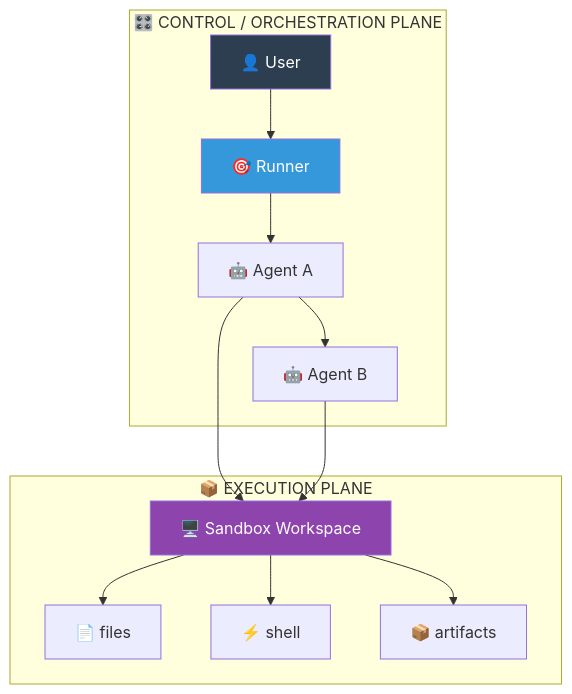
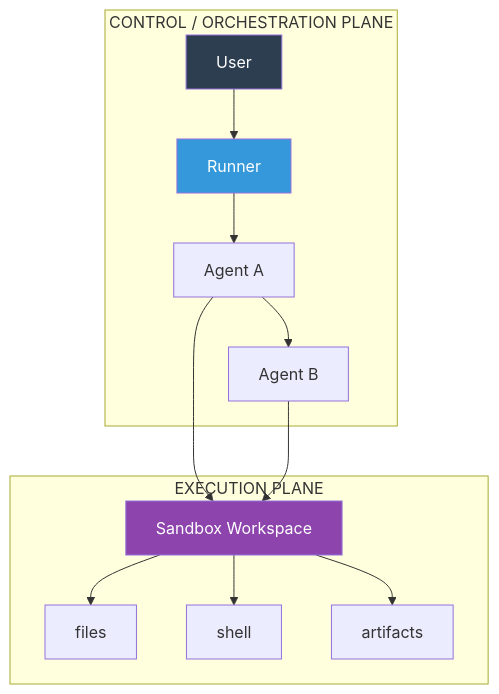
One commit to Sujalkathait/-AI-Agent-Security-Playbook. changed the fourth of 53 diagrams in AI Agent Communication.md. Above: the diagram before and after it, drawn with Mermaid. The commit also changed other lines of this file and 2 other files, not shown here.

````diff
--- a/AI Agent Communication.md
+++ b/AI Agent Communication.md
@@ -132,20 +132,20 @@
 ```mermaid
 graph TD
-    subgraph "🎛️ CONTROL / ORCHESTRATION PLANE"
-        User["👤 User"] --> Runner["🎯 Runner"]
-        Runner --> AgentA["🤖 Agent A"]
-        AgentA --> AgentB["🤖 Agent B"]
-    end
-    subgraph "📦 EXECUTION PLANE"
-        Sandbox["🖥️ Sandbox Workspace"]
-        Sandbox --> Files["📄 files"]
-        Sandbox --> Shell["⚡ shell"]
-        Sandbox --> Artifacts["📦 artifacts"]
-    end
-    AgentA --> Sandbox
-    AgentB --> Sandbox
+  subgraph " CONTROL / ORCHESTRATION PLANE"
+    User[" User"] --> Runner[" Runner"]
+    Runner --> AgentA[" Agent A"]
+    AgentA --> AgentB[" Agent B"]
+  end
+  subgraph " EXECUTION PLANE"
+    Sandbox[" Sandbox Workspace"]
+    Sandbox --> Files[" files"]
+    Sandbox --> Shell[" shell"]
+    Sandbox --> Artifacts[" artifacts"]
+  end
+  AgentA --> Sandbox
+  AgentB --> Sandbox
 
-    style User fill:#2c3e50,color:white
-    style Runner fill:#3498db,color:white
-    style Sandbox fill:#8e44ad,color:white
+  style User fill:#2c3e50,color:white
+  style Runner fill:#3498db,color:white
+  style Sandbox fill:#8e44ad,color:white
 ```
````
